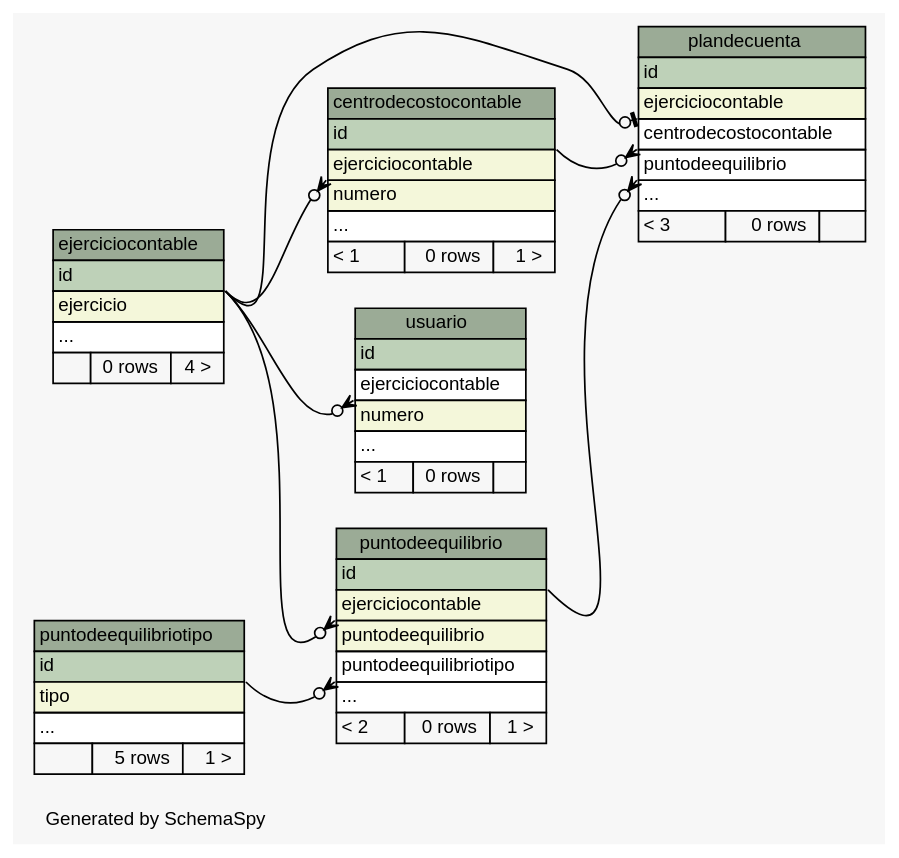
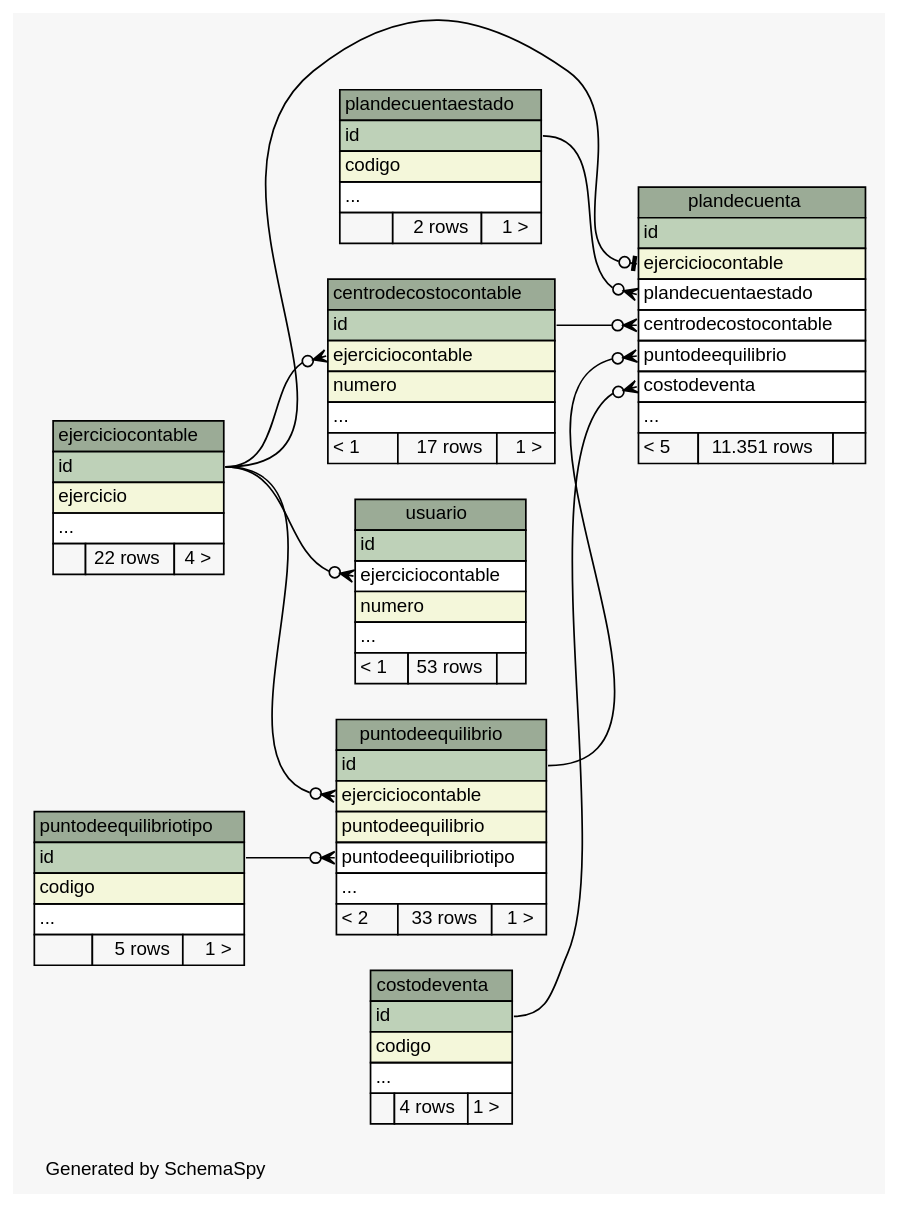
One commit to sebaalvarez/massoftware changed the diagram in sql/postgresql/schemaSpy/salida/diagrams/summary/relationships.real.compact.dot. Above: the diagram before and after it, drawn with Graphviz. The commit also changed 651 other files, not shown here.

```diff
--- a/sql/postgresql/schemaSpy/salida/diagrams/summary/relationships.real.compact.dot
+++ b/sql/postgresql/schemaSpy/salida/diagrams/summary/relationships.real.compact.dot
@@ -1,107 +1,135 @@
-// dot 2.2.1 on Windows 10 10.0
+// dot 2.38.0 on Windows 10 10.0
 // SchemaSpy rev 590
 digraph "compactRelationshipsDiagram" {
   graph [
     rankdir="RL"
     bgcolor="#f7f7f7"
     label="\nGenerated by SchemaSpy"
     labeljust="l"
     nodesep="0.18"
     ranksep="0.46"
     fontname="Helvetica"
     fontsize="11"
   ];
   node [
     fontname="Helvetica"
     fontsize="11"
     shape="plaintext"
   ];
   edge [
     arrowsize="0.8"
   ];
   "centrodecostocontable" [
     label=<
     <TABLE BORDER="0" CELLBORDER="1" CELLSPACING="0" BGCOLOR="#ffffff">
       <TR><TD COLSPAN="3" BGCOLOR="#9bab96" ALIGN="CENTER">centrodecostocontable</TD></TR>
       <TR><TD PORT="id" COLSPAN="3" BGCOLOR="#bed1b8" ALIGN="LEFT">id</TD></TR>
       <TR><TD PORT="ejerciciocontable" COLSPAN="3" BGCOLOR="#f4f7da" ALIGN="LEFT">ejerciciocontable</TD></TR>
       <TR><TD PORT="numero" COLSPAN="3" BGCOLOR="#f4f7da" ALIGN="LEFT">numero</TD></TR>
       <TR><TD PORT="elipses" COLSPAN="3" ALIGN="LEFT">...</TD></TR>
-      <TR><TD ALIGN="LEFT" BGCOLOR="#f7f7f7">&lt; 1</TD><TD ALIGN="RIGHT" BGCOLOR="#f7f7f7">0 rows</TD><TD ALIGN="RIGHT" BGCOLOR="#f7f7f7">1 &gt;</TD></TR>
+      <TR><TD ALIGN="LEFT" BGCOLOR="#f7f7f7">&lt; 1</TD><TD ALIGN="RIGHT" BGCOLOR="#f7f7f7">17 rows</TD><TD ALIGN="RIGHT" BGCOLOR="#f7f7f7">1 &gt;</TD></TR>
     </TABLE>>
     URL="tables/centrodecostocontable.html"
     tooltip="centrodecostocontable"
+  ];
+  "costodeventa" [
+    label=<
+    <TABLE BORDER="0" CELLBORDER="1" CELLSPACING="0" BGCOLOR="#ffffff">
+      <TR><TD COLSPAN="3" BGCOLOR="#9bab96" ALIGN="CENTER">costodeventa</TD></TR>
+      <TR><TD PORT="id" COLSPAN="3" BGCOLOR="#bed1b8" ALIGN="LEFT">id</TD></TR>
+      <TR><TD PORT="codigo" COLSPAN="3" BGCOLOR="#f4f7da" ALIGN="LEFT">codigo</TD></TR>
+      <TR><TD PORT="elipses" COLSPAN="3" ALIGN="LEFT">...</TD></TR>
+      <TR><TD ALIGN="LEFT" BGCOLOR="#f7f7f7">  </TD><TD ALIGN="RIGHT" BGCOLOR="#f7f7f7">4 rows</TD><TD ALIGN="RIGHT" BGCOLOR="#f7f7f7">1 &gt;</TD></TR>
+    </TABLE>>
+    URL="tables/costodeventa.html"
+    tooltip="costodeventa"
   ];
   "ejerciciocontable" [
     label=<
     <TABLE BORDER="0" CELLBORDER="1" CELLSPACING="0" BGCOLOR="#ffffff">
       <TR><TD COLSPAN="3" BGCOLOR="#9bab96" ALIGN="CENTER">ejerciciocontable</TD></TR>
       <TR><TD PORT="id" COLSPAN="3" BGCOLOR="#bed1b8" ALIGN="LEFT">id</TD></TR>
       <TR><TD PORT="ejercicio" COLSPAN="3" BGCOLOR="#f4f7da" ALIGN="LEFT">ejercicio</TD></TR>
       <TR><TD PORT="elipses" COLSPAN="3" ALIGN="LEFT">...</TD></TR>
-      <TR><TD ALIGN="LEFT" BGCOLOR="#f7f7f7">  </TD><TD ALIGN="RIGHT" BGCOLOR="#f7f7f7">0 rows</TD><TD ALIGN="RIGHT" BGCOLOR="#f7f7f7">4 &gt;</TD></TR>
+      <TR><TD ALIGN="LEFT" BGCOLOR="#f7f7f7">  </TD><TD ALIGN="RIGHT" BGCOLOR="#f7f7f7">22 rows</TD><TD ALIGN="RIGHT" BGCOLOR="#f7f7f7">4 &gt;</TD></TR>
     </TABLE>>
     URL="tables/ejerciciocontable.html"
     tooltip="ejerciciocontable"
   ];
   "plandecuenta" [
     label=<
     <TABLE BORDER="0" CELLBORDER="1" CELLSPACING="0" BGCOLOR="#ffffff">
       <TR><TD COLSPAN="3" BGCOLOR="#9bab96" ALIGN="CENTER">plandecuenta</TD></TR>
       <TR><TD PORT="id" COLSPAN="3" BGCOLOR="#bed1b8" ALIGN="LEFT">id</TD></TR>
       <TR><TD PORT="ejerciciocontable" COLSPAN="3" BGCOLOR="#f4f7da" ALIGN="LEFT">ejerciciocontable</TD></TR>
+      <TR><TD PORT="plandecuentaestado" COLSPAN="3" ALIGN="LEFT">plandecuentaestado</TD></TR>
       <TR><TD PORT="centrodecostocontable" COLSPAN="3" ALIGN="LEFT">centrodecostocontable</TD></TR>
       <TR><TD PORT="puntodeequilibrio" COLSPAN="3" ALIGN="LEFT">puntodeequilibrio</TD></TR>
+      <TR><TD PORT="costodeventa" COLSPAN="3" ALIGN="LEFT">costodeventa</TD></TR>
       <TR><TD PORT="elipses" COLSPAN="3" ALIGN="LEFT">...</TD></TR>
-      <TR><TD ALIGN="LEFT" BGCOLOR="#f7f7f7">&lt; 3</TD><TD ALIGN="RIGHT" BGCOLOR="#f7f7f7">0 rows</TD><TD ALIGN="RIGHT" BGCOLOR="#f7f7f7">  </TD></TR>
+      <TR><TD ALIGN="LEFT" BGCOLOR="#f7f7f7">&lt; 5</TD><TD ALIGN="RIGHT" BGCOLOR="#f7f7f7">11.351 rows</TD><TD ALIGN="RIGHT" BGCOLOR="#f7f7f7">  </TD></TR>
     </TABLE>>
     URL="tables/plandecuenta.html"
     tooltip="plandecuenta"
+  ];
+  "plandecuentaestado" [
+    label=<
+    <TABLE BORDER="0" CELLBORDER="1" CELLSPACING="0" BGCOLOR="#ffffff">
+      <TR><TD COLSPAN="3" BGCOLOR="#9bab96" ALIGN="CENTER">plandecuentaestado</TD></TR>
+      <TR><TD PORT="id" COLSPAN="3" BGCOLOR="#bed1b8" ALIGN="LEFT">id</TD></TR>
+      <TR><TD PORT="codigo" COLSPAN="3" BGCOLOR="#f4f7da" ALIGN="LEFT">codigo</TD></TR>
+      <TR><TD PORT="elipses" COLSPAN="3" ALIGN="LEFT">...</TD></TR>
+      <TR><TD ALIGN="LEFT" BGCOLOR="#f7f7f7">  </TD><TD ALIGN="RIGHT" BGCOLOR="#f7f7f7">2 rows</TD><TD ALIGN="RIGHT" BGCOLOR="#f7f7f7">1 &gt;</TD></TR>
+    </TABLE>>
+    URL="tables/plandecuentaestado.html"
+    tooltip="plandecuentaestado"
   ];
   "puntodeequilibrio" [
     label=<
     <TABLE BORDER="0" CELLBORDER="1" CELLSPACING="0" BGCOLOR="#ffffff">
       <TR><TD COLSPAN="3" BGCOLOR="#9bab96" ALIGN="CENTER">puntodeequilibrio</TD></TR>
       <TR><TD PORT="id" COLSPAN="3" BGCOLOR="#bed1b8" ALIGN="LEFT">id</TD></TR>
       <TR><TD PORT="ejerciciocontable" COLSPAN="3" BGCOLOR="#f4f7da" ALIGN="LEFT">ejerciciocontable</TD></TR>
       <TR><TD PORT="puntodeequilibrio" COLSPAN="3" BGCOLOR="#f4f7da" ALIGN="LEFT">puntodeequilibrio</TD></TR>
       <TR><TD PORT="puntodeequilibriotipo" COLSPAN="3" ALIGN="LEFT">puntodeequilibriotipo</TD></TR>
       <TR><TD PORT="elipses" COLSPAN="3" ALIGN="LEFT">...</TD></TR>
-      <TR><TD ALIGN="LEFT" BGCOLOR="#f7f7f7">&lt; 2</TD><TD ALIGN="RIGHT" BGCOLOR="#f7f7f7">0 rows</TD><TD ALIGN="RIGHT" BGCOLOR="#f7f7f7">1 &gt;</TD></TR>
+      <TR><TD ALIGN="LEFT" BGCOLOR="#f7f7f7">&lt; 2</TD><TD ALIGN="RIGHT" BGCOLOR="#f7f7f7">33 rows</TD><TD ALIGN="RIGHT" BGCOLOR="#f7f7f7">1 &gt;</TD></TR>
     </TABLE>>
     URL="tables/puntodeequilibrio.html"
     tooltip="puntodeequilibrio"
   ];
   "puntodeequilibriotipo" [
     label=<
     <TABLE BORDER="0" CELLBORDER="1" CELLSPACING="0" BGCOLOR="#ffffff">
       <TR><TD COLSPAN="3" BGCOLOR="#9bab96" ALIGN="CENTER">puntodeequilibriotipo</TD></TR>
       <TR><TD PORT="id" COLSPAN="3" BGCOLOR="#bed1b8" ALIGN="LEFT">id</TD></TR>
-      <TR><TD PORT="tipo" COLSPAN="3" BGCOLOR="#f4f7da" ALIGN="LEFT">tipo</TD></TR>
+      <TR><TD PORT="codigo" COLSPAN="3" BGCOLOR="#f4f7da" ALIGN="LEFT">codigo</TD></TR>
       <TR><TD PORT="elipses" COLSPAN="3" ALIGN="LEFT">...</TD></TR>
       <TR><TD ALIGN="LEFT" BGCOLOR="#f7f7f7">  </TD><TD ALIGN="RIGHT" BGCOLOR="#f7f7f7">5 rows</TD><TD ALIGN="RIGHT" BGCOLOR="#f7f7f7">1 &gt;</TD></TR>
     </TABLE>>
     URL="tables/puntodeequilibriotipo.html"
     tooltip="puntodeequilibriotipo"
   ];
   "usuario" [
     label=<
     <TABLE BORDER="0" CELLBORDER="1" CELLSPACING="0" BGCOLOR="#ffffff">
       <TR><TD COLSPAN="3" BGCOLOR="#9bab96" ALIGN="CENTER">usuario</TD></TR>
       <TR><TD PORT="id" COLSPAN="3" BGCOLOR="#bed1b8" ALIGN="LEFT">id</TD></TR>
       <TR><TD PORT="ejerciciocontable" COLSPAN="3" ALIGN="LEFT">ejerciciocontable</TD></TR>
       <TR><TD PORT="numero" COLSPAN="3" BGCOLOR="#f4f7da" ALIGN="LEFT">numero</TD></TR>
       <TR><TD PORT="elipses" COLSPAN="3" ALIGN="LEFT">...</TD></TR>
-      <TR><TD ALIGN="LEFT" BGCOLOR="#f7f7f7">&lt; 1</TD><TD ALIGN="RIGHT" BGCOLOR="#f7f7f7">0 rows</TD><TD ALIGN="RIGHT" BGCOLOR="#f7f7f7">  </TD></TR>
+      <TR><TD ALIGN="LEFT" BGCOLOR="#f7f7f7">&lt; 1</TD><TD ALIGN="RIGHT" BGCOLOR="#f7f7f7">53 rows</TD><TD ALIGN="RIGHT" BGCOLOR="#f7f7f7">  </TD></TR>
     </TABLE>>
     URL="tables/usuario.html"
     tooltip="usuario"
   ];
-  "centrodecostocontable":"ejerciciocontable":sw -> "ejerciciocontable":"id":se [arrowhead=none dir=back arrowtail=crowodot];
-  "plandecuenta":"centrodecostocontable":sw -> "centrodecostocontable":"id":se [arrowhead=none dir=back arrowtail=crowodot];
-  "plandecuenta":"ejerciciocontable":sw -> "ejerciciocontable":"id":se [arrowhead=none dir=back arrowtail=teeodot];
-  "plandecuenta":"puntodeequilibrio":sw -> "puntodeequilibrio":"id":se [arrowhead=none dir=back arrowtail=crowodot];
-  "puntodeequilibrio":"ejerciciocontable":sw -> "ejerciciocontable":"id":se [arrowhead=none dir=back arrowtail=crowodot];
-  "puntodeequilibrio":"puntodeequilibriotipo":sw -> "puntodeequilibriotipo":"id":se [arrowhead=none dir=back arrowtail=crowodot];
-  "usuario":"ejerciciocontable":sw -> "ejerciciocontable":"id":se [arrowhead=none dir=back arrowtail=crowodot];
+  "centrodecostocontable":"ejerciciocontable":w -> "ejerciciocontable":"id":e [arrowhead=none dir=back arrowtail=crowodot];
+  "plandecuenta":"centrodecostocontable":w -> "centrodecostocontable":"id":e [arrowhead=none dir=back arrowtail=crowodot];
+  "plandecuenta":"costodeventa":w -> "costodeventa":"id":e [arrowhead=none dir=back arrowtail=crowodot];
+  "plandecuenta":"ejerciciocontable":w -> "ejerciciocontable":"id":e [arrowhead=none dir=back arrowtail=teeodot];
+  "plandecuenta":"plandecuentaestado":w -> "plandecuentaestado":"id":e [arrowhead=none dir=back arrowtail=crowodot];
+  "plandecuenta":"puntodeequilibrio":w -> "puntodeequilibrio":"id":e [arrowhead=none dir=back arrowtail=crowodot];
+  "puntodeequilibrio":"ejerciciocontable":w -> "ejerciciocontable":"id":e [arrowhead=none dir=back arrowtail=crowodot];
+  "puntodeequilibrio":"puntodeequilibriotipo":w -> "puntodeequilibriotipo":"id":e [arrowhead=none dir=back arrowtail=crowodot];
+  "usuario":"ejerciciocontable":w -> "ejerciciocontable":"id":e [arrowhead=none dir=back arrowtail=crowodot];
 }
```
